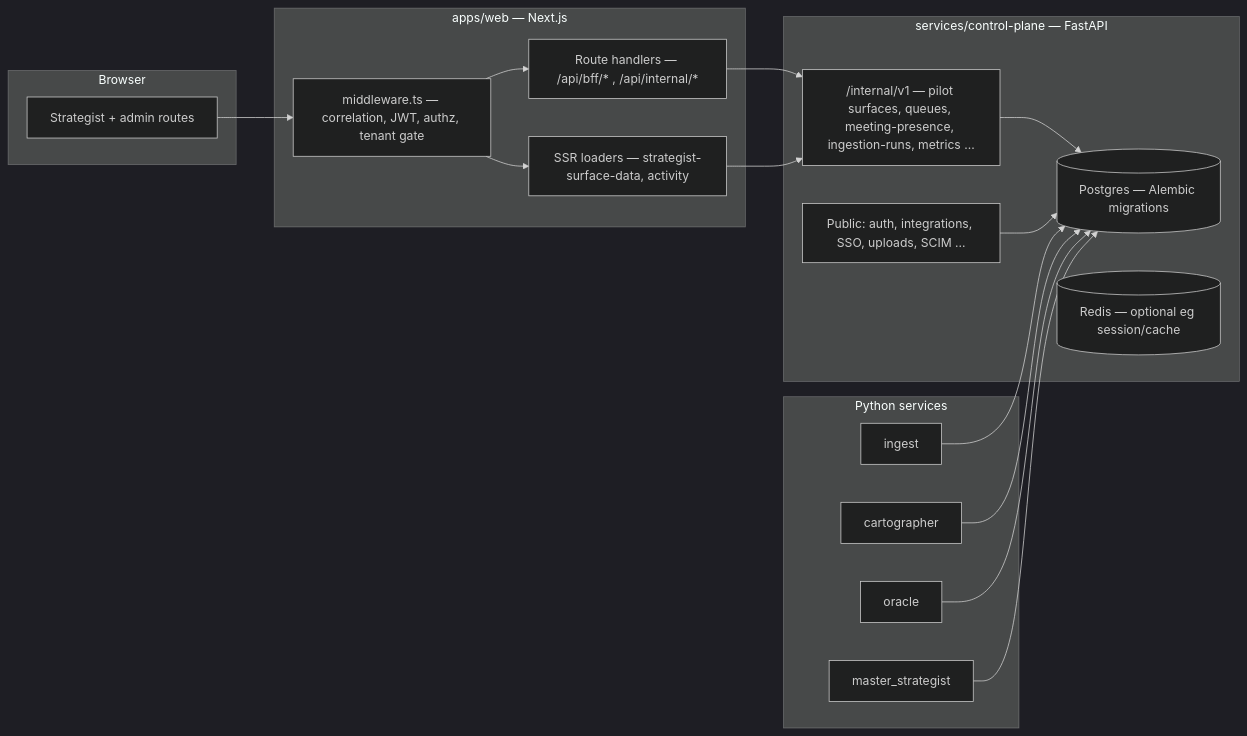
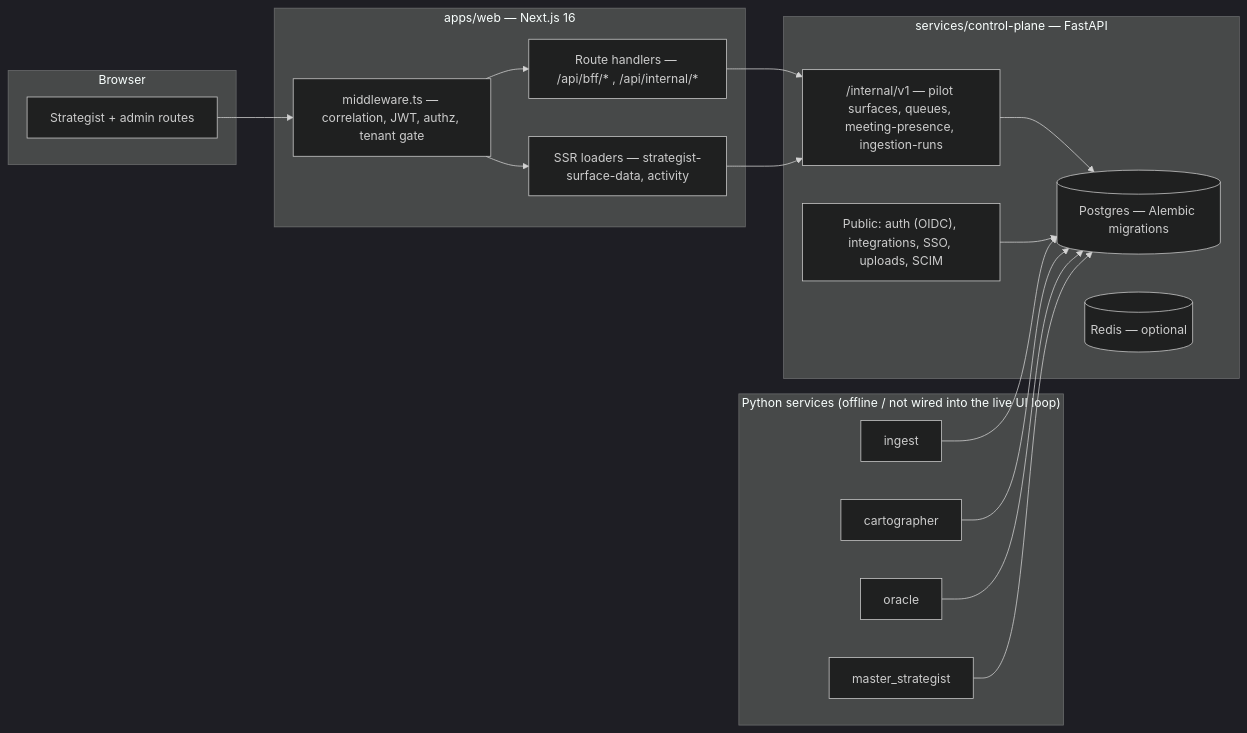
The diagram in docs/product/deployai-source-of-truth-spec.md (kennygeiler/DeployAI), drawn with Mermaid (dark theme) before and after one commit. The commit also changed other lines of this file and 33 other files, not shown here.

````diff
--- a/docs/product/deployai-source-of-truth-spec.md
+++ b/docs/product/deployai-source-of-truth-spec.md
@@ -28,34 +69,31 @@
 ```mermaid
 flowchart LR
   subgraph client["Browser"]
     U["Strategist + admin routes"]
   end
-  subgraph web["apps/web — Next.js"]
+  subgraph web["apps/web — Next.js 16"]
     MW["middleware.ts — correlation, JWT, authz, tenant gate"]
     BFF["Route handlers — /api/bff/* , /api/internal/*"]
     RSC["SSR loaders — strategist-surface-data, activity"]
   end
   subgraph cp["services/control-plane — FastAPI"]
-    PUB["Public: auth, integrations, SSO, uploads, SCIM …"]
-    INT["/internal/v1 — pilot surfaces, queues, meeting-presence, ingestion-runs, metrics …"]
+    PUB["Public: auth (OIDC), integrations, SSO, uploads, SCIM"]
+    INT["/internal/v1 — pilot surfaces, queues, meeting-presence, ingestion-runs"]
     DB[("Postgres — Alembic migrations")]
-    REDIS[("Redis — optional eg session/cache")]
+    REDIS[("Redis — optional")]
   end
-  subgraph agents["Python services"]
+  subgraph agents["Python services (offline / not wired into the live UI loop)"]
     ING["ingest"]
     CART["cartographer"]
     ORA["oracle"]
     MS["master_strategist"]
   end
-  U --> MW
-  MW --> BFF
-  MW --> RSC
-  BFF --> INT
-  RSC --> INT
+  U --> MW --> BFF --> INT
+  MW --> RSC --> INT
   INT --> DB
   PUB --> DB
   ING --> DB
   CART --> DB
   ORA --> DB
   MS --> DB
 ```
````
